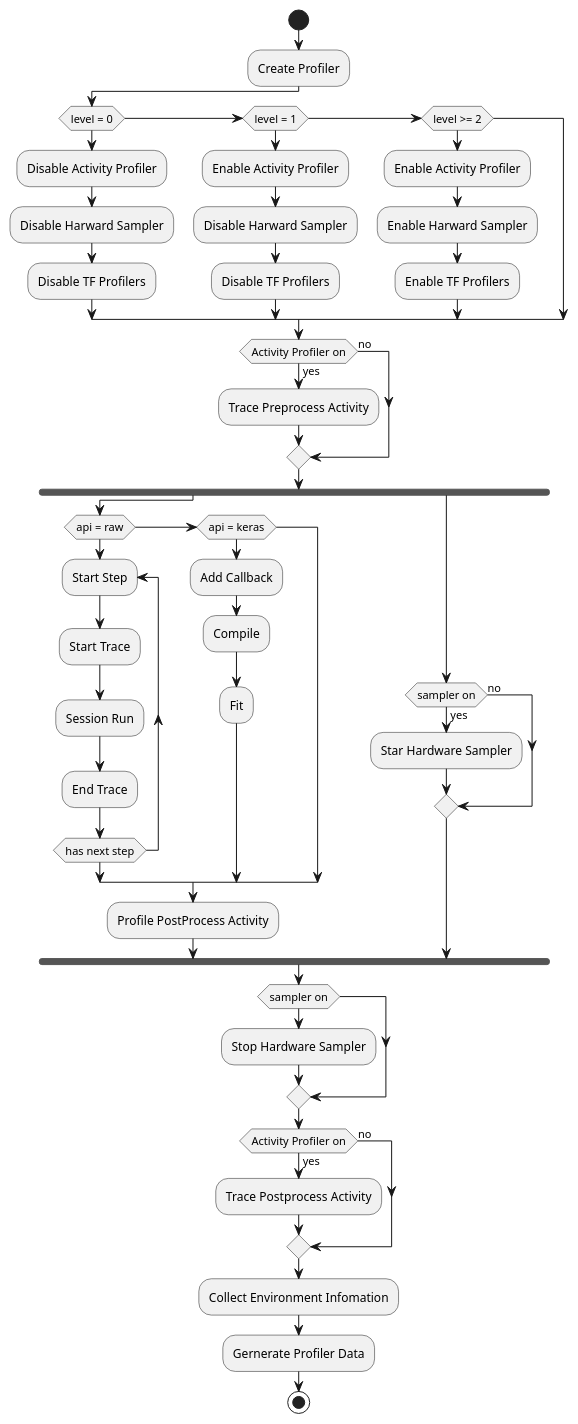
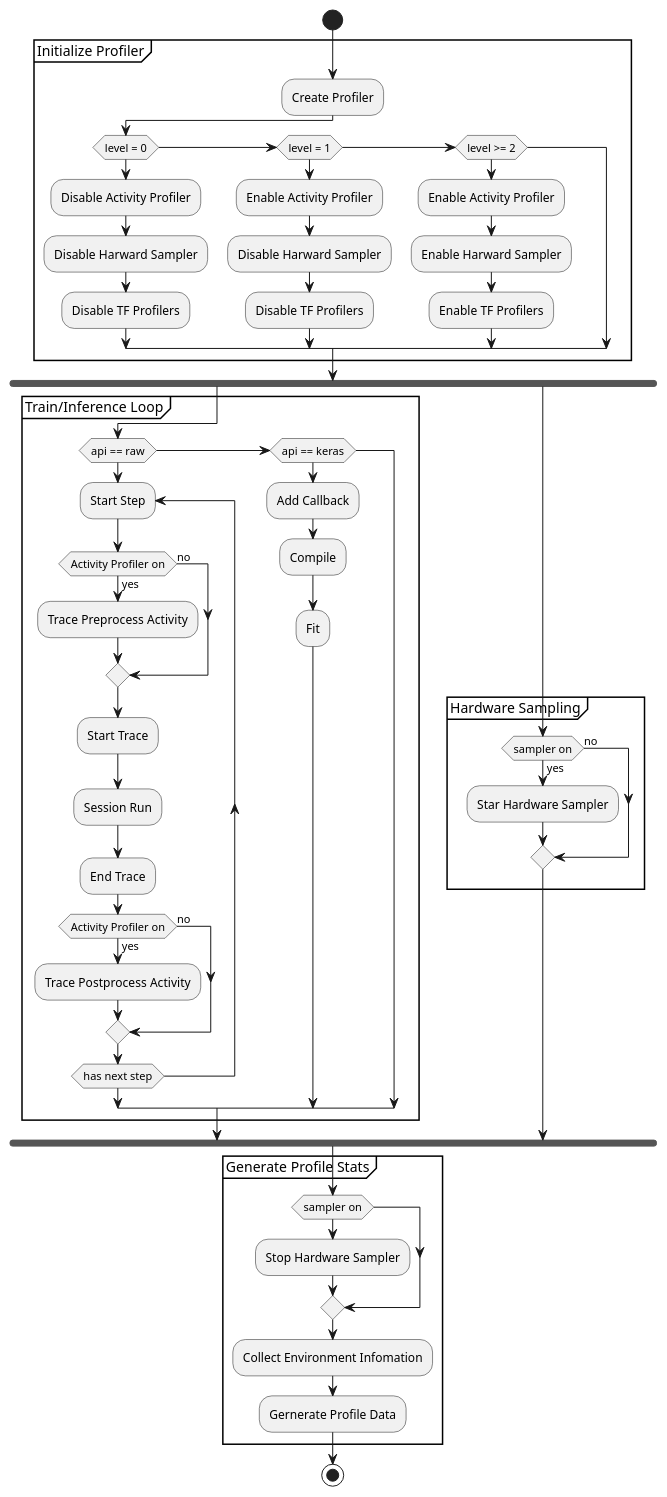
Before and after one commit to HermanYang/yangxy.me: the diagram in _includes/umls/cambricon_profiler/cambricon-profiler-activity.plantuml, drawn with PlantUML. The commit also changed 8 other files, not shown here.

```diff
--- a/_includes/umls/cambricon_profiler/cambricon-profiler-activity.plantuml
+++ b/_includes/umls/cambricon_profiler/cambricon-profiler-activity.plantuml
@@ -1,55 +1,61 @@
 @startuml
 start
-:Create Profiler;
-if (level = 0) 
-    :Disable Activity Profiler;
-    :Disable Harward Sampler;
-    :Disable TF Profilers;
-elseif (level = 1)
-    :Enable Activity Profiler;
-    :Disable Harward Sampler;
-    :Disable TF Profilers;
-elseif (level >= 2)
-    :Enable Activity Profiler;
-    :Enable Harward Sampler;
-    :Enable TF Profilers;
+
+partition "Initialize Profiler" {
+    :Create Profiler;
+    if (level = 0) 
+        :Disable Activity Profiler;
+        :Disable Harward Sampler;
+        :Disable TF Profilers;
+    elseif (level = 1)
+        :Enable Activity Profiler;
+        :Disable Harward Sampler;
+        :Disable TF Profilers;
+    elseif (level >= 2)
+        :Enable Activity Profiler;
+        :Enable Harward Sampler;
+        :Enable TF Profilers;
 endif
-
-if (Activity Profiler on) then (yes)
-:Trace Preprocess Activity;
-else (no)
-endif
+}
 
 fork
-if (api = raw) 
-repeat:Start Step;
-    :Start Trace;
-    :Session Run;
-    :End Trace;
-repeat while (has next step);
-elseif (api = keras)
-:Add Callback;
-:Compile;
-:Fit;
-endif
-:Profile PostProcess Activity;
+    partition "Train/Inference Loop" {
+        if (api == raw) 
+        repeat:Start Step;
+            if (Activity Profiler on) then (yes)
+                :Trace Preprocess Activity;
+            else (no)
+            endif
+            :Start Trace;
+            :Session Run;
+            :End Trace;
+            if (Activity Profiler on) then (yes)
+                :Trace Postprocess Activity;
+            else (no)
+            endif
+        repeat while (has next step);
+        elseif (api == keras)
+        :Add Callback;
+        :Compile;
+        :Fit;
+    endif
+}
 fork again
-if (sampler on) then (yes)
-    :Star Hardware Sampler;
-else (no)
-endif
-end fork
+    partition "Hardware Sampling" {
+    if (sampler on) then (yes)
+        :Star Hardware Sampler;
+    else (no)
+    endif
+    }
+    end fork
 
-if (sampler on)
-    :Stop Hardware Sampler;
-endif
+partition "Generate Profile Stats" {
+    if (sampler on)
+        :Stop Hardware Sampler;
+    endif
+    :Collect Environment Infomation;
+    :Gernerate Profile Data;
+}
 
-if (Activity Profiler on) then (yes)
-:Trace Postprocess Activity;
-else (no)
-endif
-
-:Collect Environment Infomation;
-:Gernerate Profiler Data;
 stop
 @enduml
```
